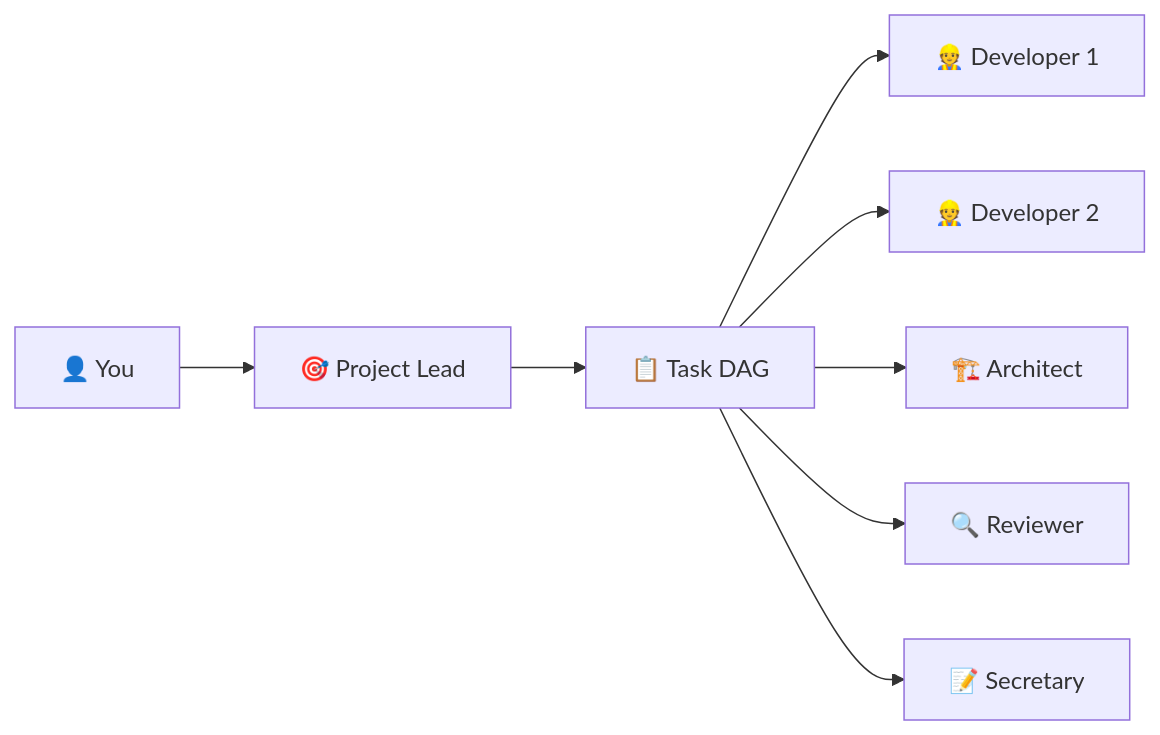
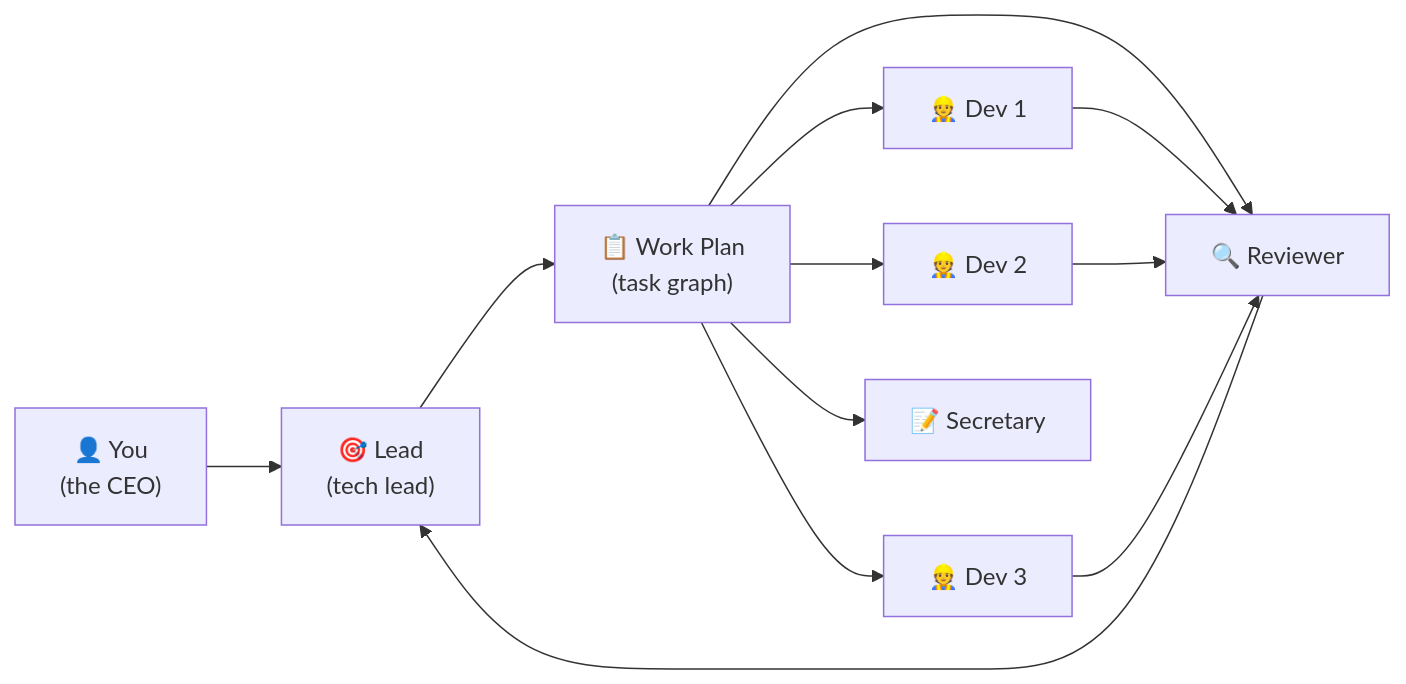
One commit to evelynzy/flightdeck changed the diagram in presentations/slides.md. Above: the diagram before and after it, drawn with Mermaid. The commit also changed other lines of this file, not shown here.

````diff
--- a/presentations/slides.md
+++ b/presentations/slides.md
@@ -108,10 +464,10 @@
 ```mermaid
 graph LR
-    You[👤 You] --> Lead[🎯 Project Lead]
-    Lead --> DAG[📋 Task DAG]
-    DAG --> Dev1[👷 Developer 1]
-    DAG --> Dev2[👷 Developer 2]
-    DAG --> Arch[🏗️ Architect]
-    DAG --> Rev[🔍 Reviewer]
-    DAG --> Sec[📝 Secretary]
+    You["👤 You<br/>(the CEO)"] --> Lead["🎯 Lead<br/>(tech lead)"]
+    Lead --> Plan["📋 Work Plan<br/>(task graph)"]
+    Plan --> D1["👷 Dev 1"] & D2["👷 Dev 2"] & D3["👷 Dev 3"]
+    Plan --> Rev["🔍 Reviewer"]
+    Plan --> Sec["📝 Secretary"]
+    D1 & D2 & D3 --> Rev
+    Rev --> Lead
 ```
````
